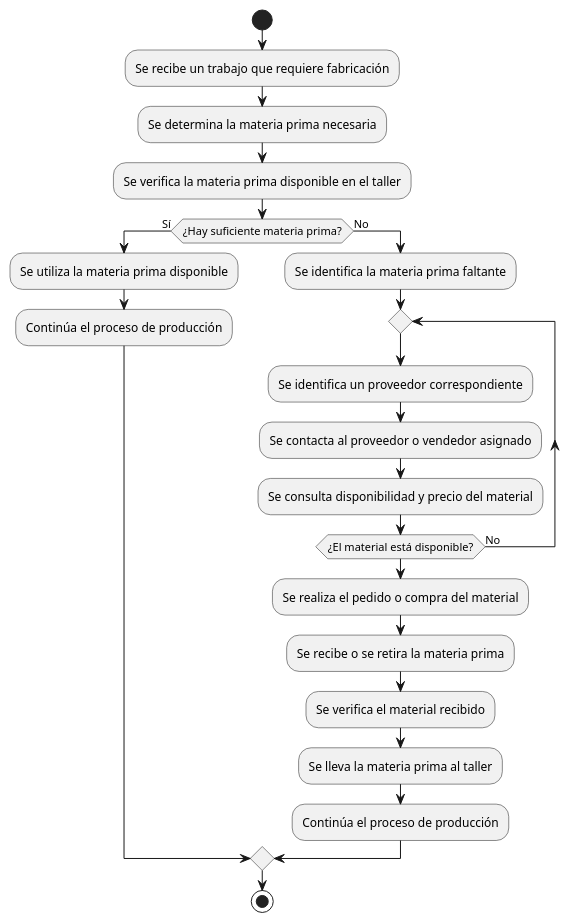
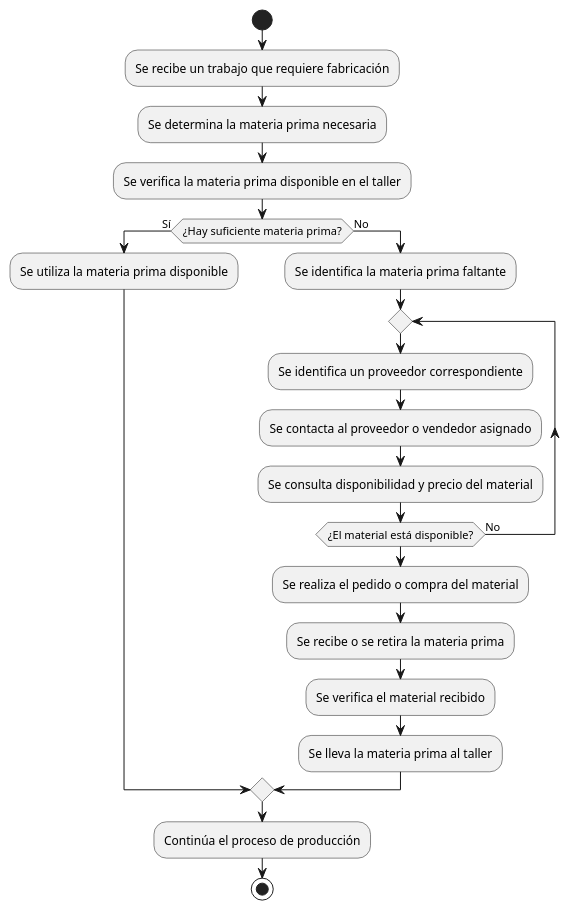
Before and after one commit to ByJuanRod/Logica-de-Negocios: the diagram in procesoMateriaPrima.puml, drawn with PlantUML. The commit also changed 1 other file, not shown here.

```diff
--- a/procesoMateriaPrima.puml
+++ b/procesoMateriaPrima.puml
@@ -1,35 +1,35 @@
 @startuml
 'https://plantuml.com/activity-diagram-beta
 
 start
 
 :Se recibe un trabajo que requiere fabricación;
 :Se determina la materia prima necesaria;
 :Se verifica la materia prima disponible en el taller;
 
 if (¿Hay suficiente materia prima?) then (Sí)
 
   :Se utiliza la materia prima disponible;
-  :Continúa el proceso de producción;
 
 else (No)
 
   :Se identifica la materia prima faltante;
 
   repeat
     :Se identifica un proveedor correspondiente;
     :Se contacta al proveedor o vendedor asignado;
     :Se consulta disponibilidad y precio del material;
   repeat while (¿El material está disponible?) is (No)
 
   :Se realiza el pedido o compra del material;
   :Se recibe o se retira la materia prima;
   :Se verifica el material recibido;
   :Se lleva la materia prima al taller;
-  :Continúa el proceso de producción;
+
 
 endif
 
+  :Continúa el proceso de producción;
 stop
 
 @enduml
```
